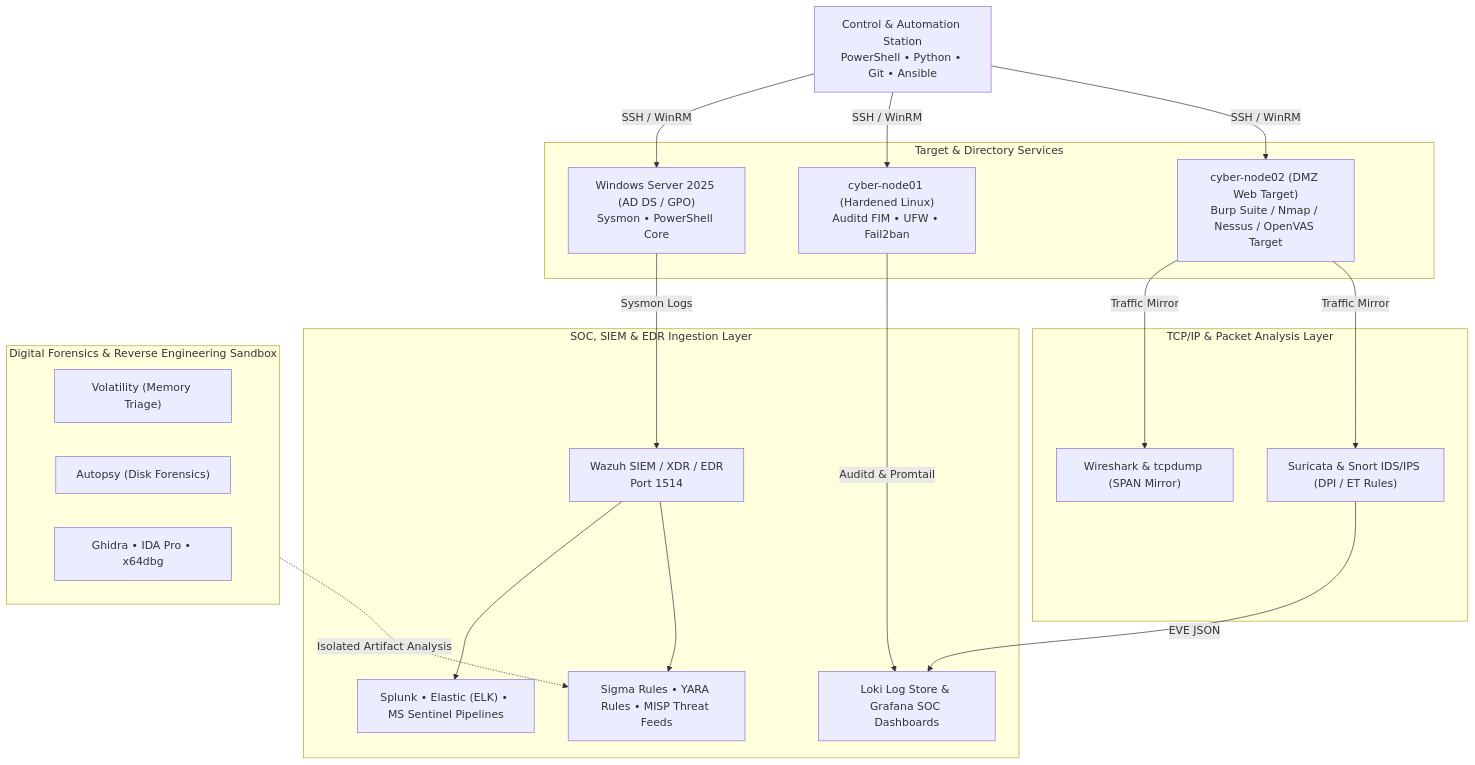
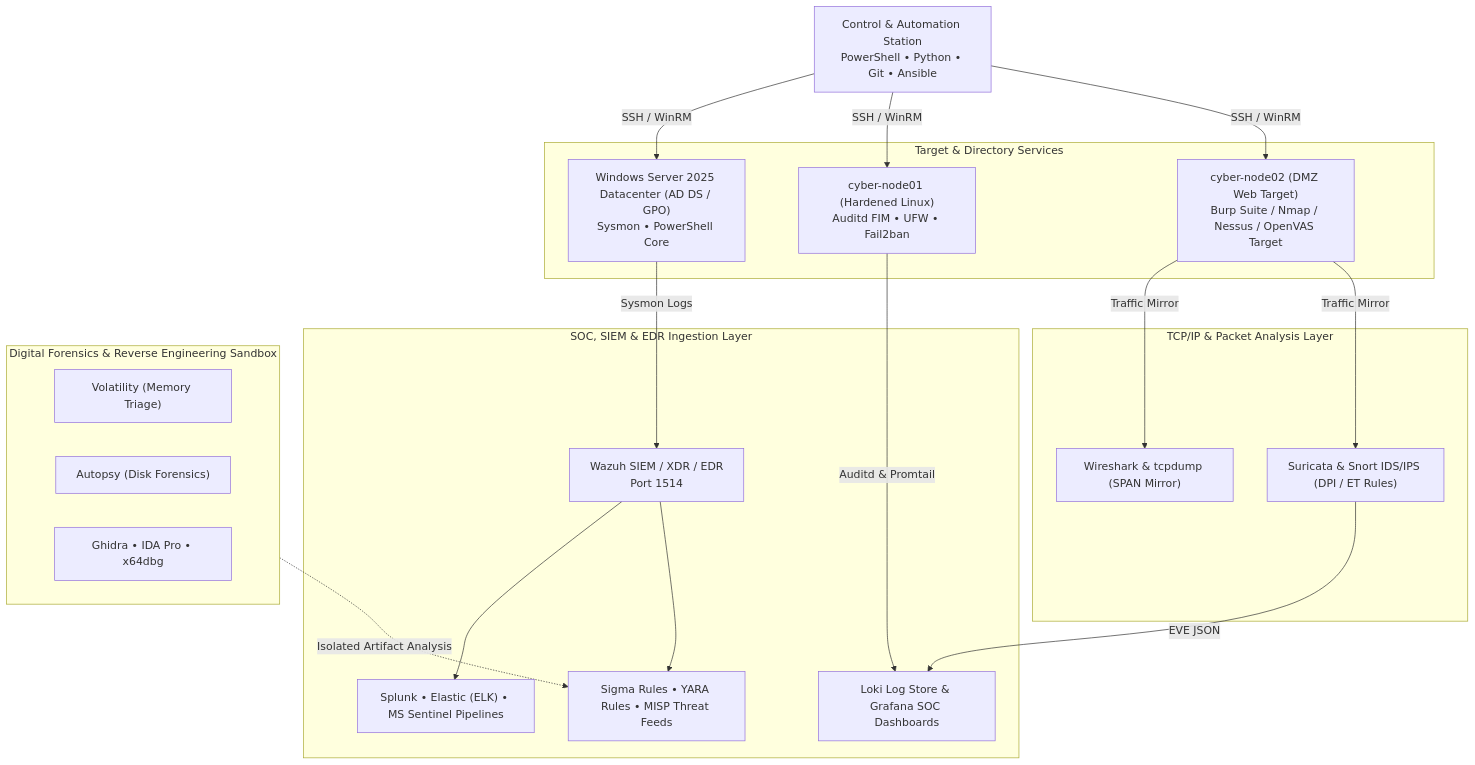
One commit to stefanutc1/datacenter changed the diagram in cyber/docs/architecture.md. Above: the diagram before and after it, drawn with Mermaid. The commit also changed other lines of this file and 16 other files, not shown here.

Commit message:
docs(fleet): update VM 201 specification to Windows Server 2025 Datacenter across docs and web app

````diff
--- a/cyber/docs/architecture.md
+++ b/cyber/docs/architecture.md
@@ -17,37 +17,37 @@
 ```mermaid
 flowchart TD
     CTRL["Control & Automation Station<br/>PowerShell • Python • Git • Ansible"]
 
     subgraph LAB_TARGETS["Target & Directory Services"]
-        WIN["Windows Server 2025 (AD DS / GPO)<br/>Sysmon • PowerShell Core"]
+        WIN["Windows Server 2025 Datacenter (AD DS / GPO)<br/>Sysmon • PowerShell Core"]
         NODE1["cyber-node01 (Hardened Linux)<br/>Auditd FIM • UFW • Fail2ban"]
         NODE2["cyber-node02 (DMZ Web Target)<br/>Burp Suite / Nmap / Nessus / OpenVAS Target"]
     end
 
     subgraph NETWORK_ANALYSIS["TCP/IP & Packet Analysis Layer"]
         WIRESHARK["Wireshark & tcpdump (SPAN Mirror)"]
         SURICATA["Suricata & Snort IDS/IPS (DPI / ET Rules)"]
     end
 
     subgraph SOC_STACK["SOC, SIEM & EDR Ingestion Layer"]
         WAZUH["Wazuh SIEM / XDR / EDR<br/>Port 1514"]
         SIEMS["Splunk • Elastic (ELK) • MS Sentinel Pipelines"]
         LOKI["Loki Log Store & Grafana SOC Dashboards"]
         INTEL["Sigma Rules • YARA Rules • MISP Threat Feeds"]
     end
 
     subgraph DFIR_LAB["Digital Forensics & Reverse Engineering Sandbox"]
         VOLATILITY["Volatility (Memory Triage)"]
         AUTOPSY["Autopsy (Disk Forensics)"]
         REVERSING["Ghidra • IDA Pro • x64dbg"]
     end
 
     CTRL -->|"SSH / WinRM"| WIN & NODE1 & NODE2
     WIN -->|"Sysmon Logs"| WAZUH
     NODE1 -->|"Auditd & Promtail"| LOKI
     NODE2 -->|"Traffic Mirror"| WIRESHARK & SURICATA
     SURICATA -->|"EVE JSON"| LOKI
     WAZUH --> SIEMS
     WAZUH --> INTEL
     DFIR_LAB -.->|"Isolated Artifact Analysis"| INTEL
 ```
````
